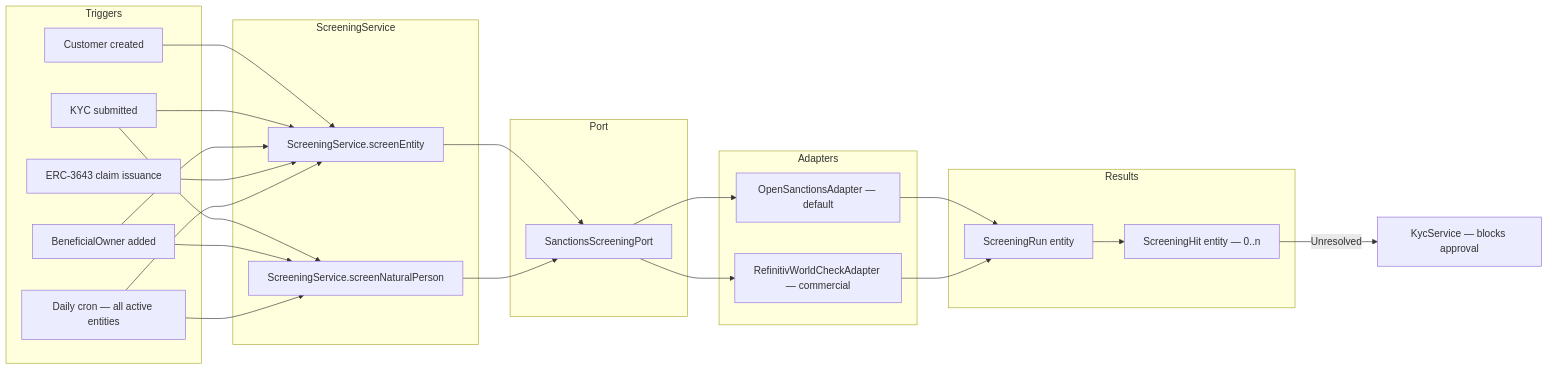
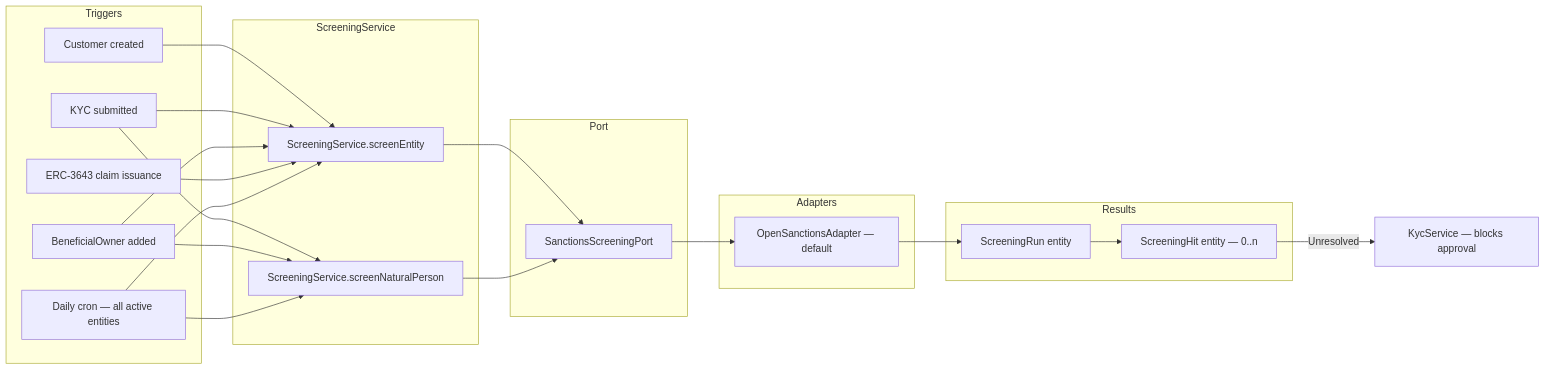
One commit to makibytes/registerwerk changed the diagram in docs/compliance/sanctions-screening.de.md. Above: the diagram before and after it, drawn with Mermaid. The commit also changed other lines of this file and 513 other files, not shown here.

````diff
--- a/docs/compliance/sanctions-screening.de.md
+++ b/docs/compliance/sanctions-screening.de.md
@@ -23,38 +23,36 @@
 ```mermaid
 flowchart LR
     subgraph Triggers
         T1[Customer created]
         T2[KYC submitted]
         T3[BeneficialOwner added]
         T4[ERC-3643 claim issuance]
         T5[Daily cron — all active entities]
     end
 
     subgraph ScreeningService
         SS[ScreeningService.screenEntity]
         SBO[ScreeningService.screenNaturalPerson]
     end
 
     subgraph Port
         P[SanctionsScreeningPort]
     end
 
     subgraph Adapters
         A1[OpenSanctionsAdapter — default]
-        A2[RefinitivWorldCheckAdapter — commercial]
     end
 
     subgraph Results
         SR[ScreeningRun entity]
         SH[ScreeningHit entity — 0..n]
     end
 
     T1 & T2 & T3 & T4 & T5 --> SS
     T2 & T3 & T5 --> SBO
     SS & SBO --> P
     P --> A1
-    P --> A2
-    A1 & A2 --> SR
+    A1 --> SR
     SR --> SH
     SH -->|Unresolved| KG[KycService — blocks approval]
 ```
````
